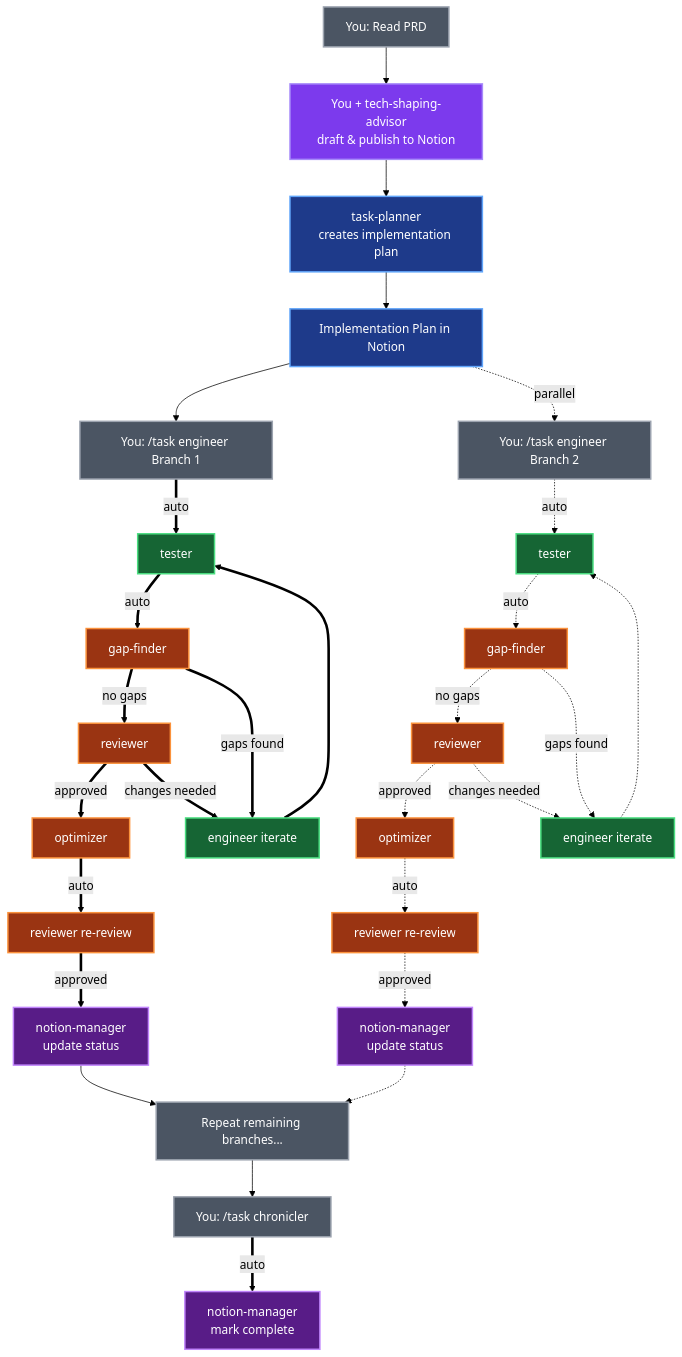
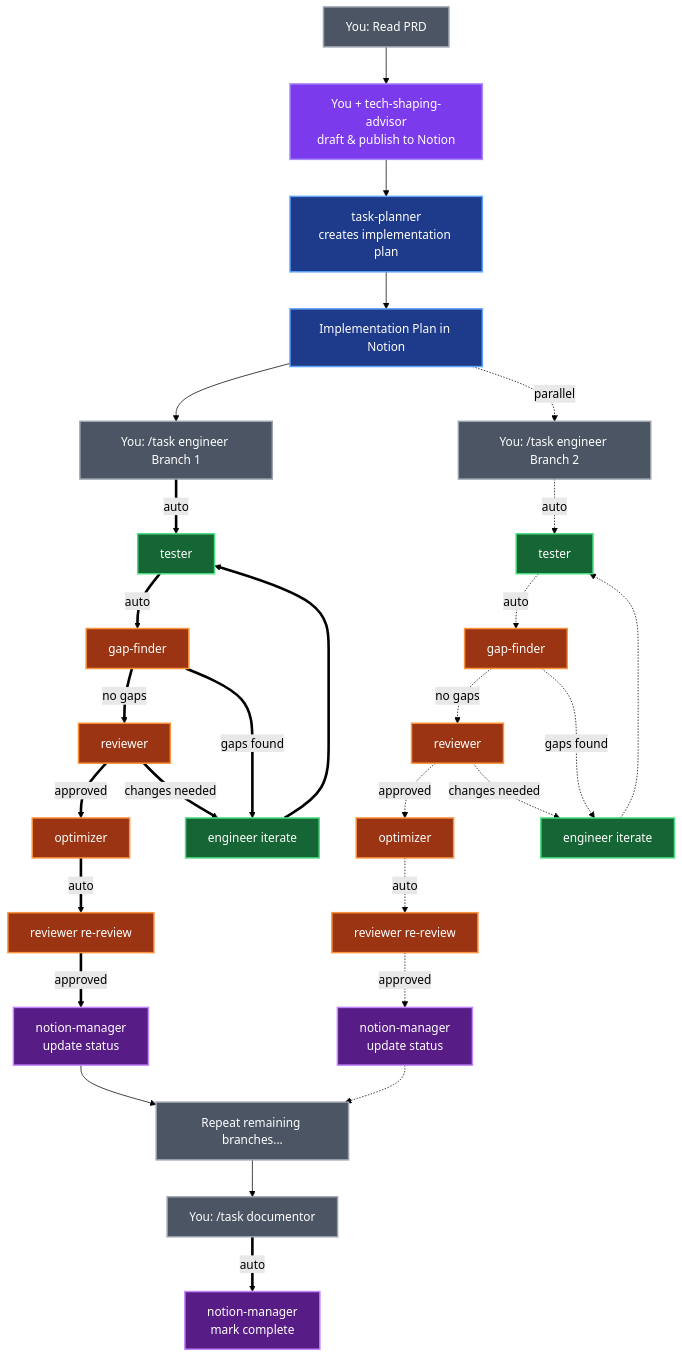
The diagram in README.md (andymai/claude-agent-team), drawn with Mermaid (forest theme) before and after one commit. The commit also changed other lines of this file and 3 other files, not shown here.

First line of the commit message:
Rename chronicler to documentor

````diff
--- a/README.md
+++ b/README.md
@@ -118,56 +118,56 @@
 ```mermaid
 graph TD
     A[You: Read PRD] --> B[You + tech-shaping-advisor<br/>draft & publish to Notion]
     B --> C[task-planner<br/>creates implementation plan]
     C --> D[Implementation Plan in Notion]
 
     D --> E[You: /task engineer Branch 1]
     D -.->|parallel| F[You: /task engineer Branch 2]
 
     E ==>|auto| G[tester]
     F -.->|auto| H[tester]
 
     G ==>|auto| I[gap-finder]
     H -.->|auto| J[gap-finder]
 
     I ==>|no gaps| K[reviewer]
     J -.->|no gaps| L[reviewer]
 
     I ==>|gaps found| M[engineer iterate]
     J -.->|gaps found| N[engineer iterate]
 
     M ==> G
     N -.-> H
 
     K ==>|approved| O[optimizer]
     L -.->|approved| P[optimizer]
 
     K ==>|changes needed| M
     L -.->|changes needed| N
 
     O ==>|auto| Q[reviewer re-review]
     P -.->|auto| R[reviewer re-review]
 
     Q ==>|approved| S[notion-manager<br/>update status]
     R -.->|approved| T[notion-manager<br/>update status]
 
     S --> U[Repeat remaining branches...]
     T -.-> U
 
-    U --> V[You: /task chronicler]
+    U --> V[You: /task documentor]
     V ==>|auto| W[notion-manager<br/>mark complete]
 
     classDef human fill:#4b5563,stroke:#9ca3af,stroke-width:2px,color:#fff
     classDef collaborative fill:#7c3aed,stroke:#a78bfa,stroke-width:2px,color:#fff
     classDef planning fill:#1e3a8a,stroke:#60a5fa,stroke-width:2px,color:#fff
     classDef implementing fill:#166534,stroke:#4ade80,stroke-width:2px,color:#fff
     classDef reviewing fill:#9a3412,stroke:#fb923c,stroke-width:2px,color:#fff
     classDef documenting fill:#581c87,stroke:#c084fc,stroke-width:2px,color:#fff
 
     class A,E,F,U,V human
     class B collaborative
     class C,D planning
     class G,H,M,N implementing
     class I,J,K,L,O,P,Q,R reviewing
     class S,T,W documenting
 ```
````
